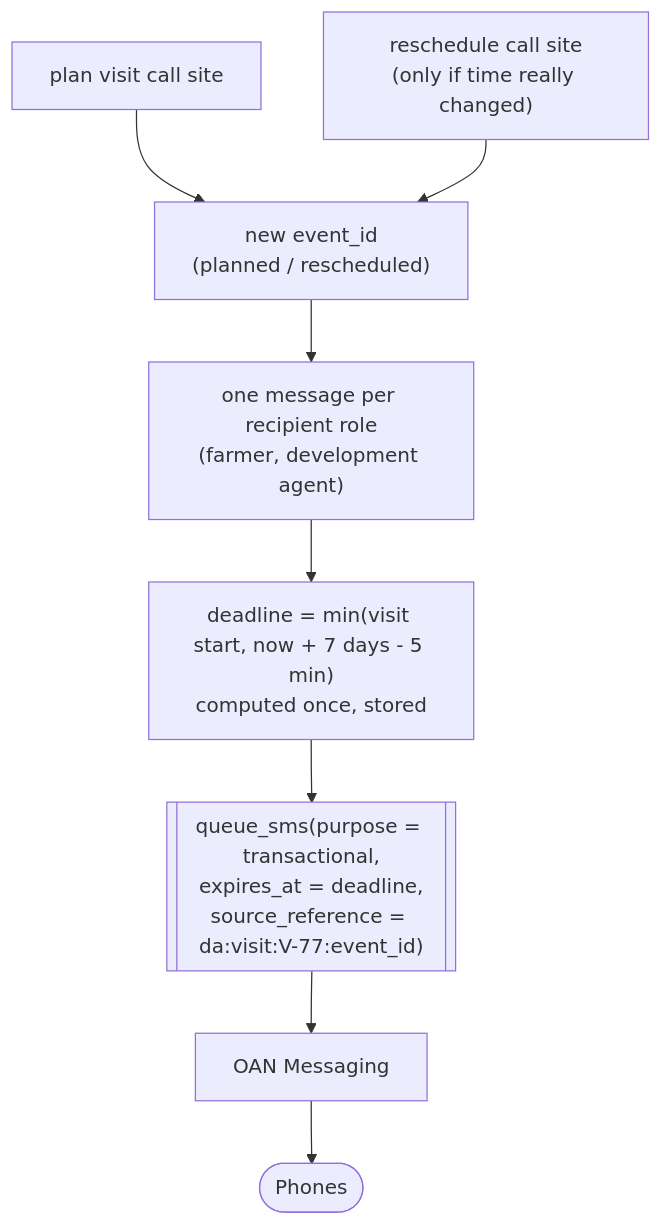
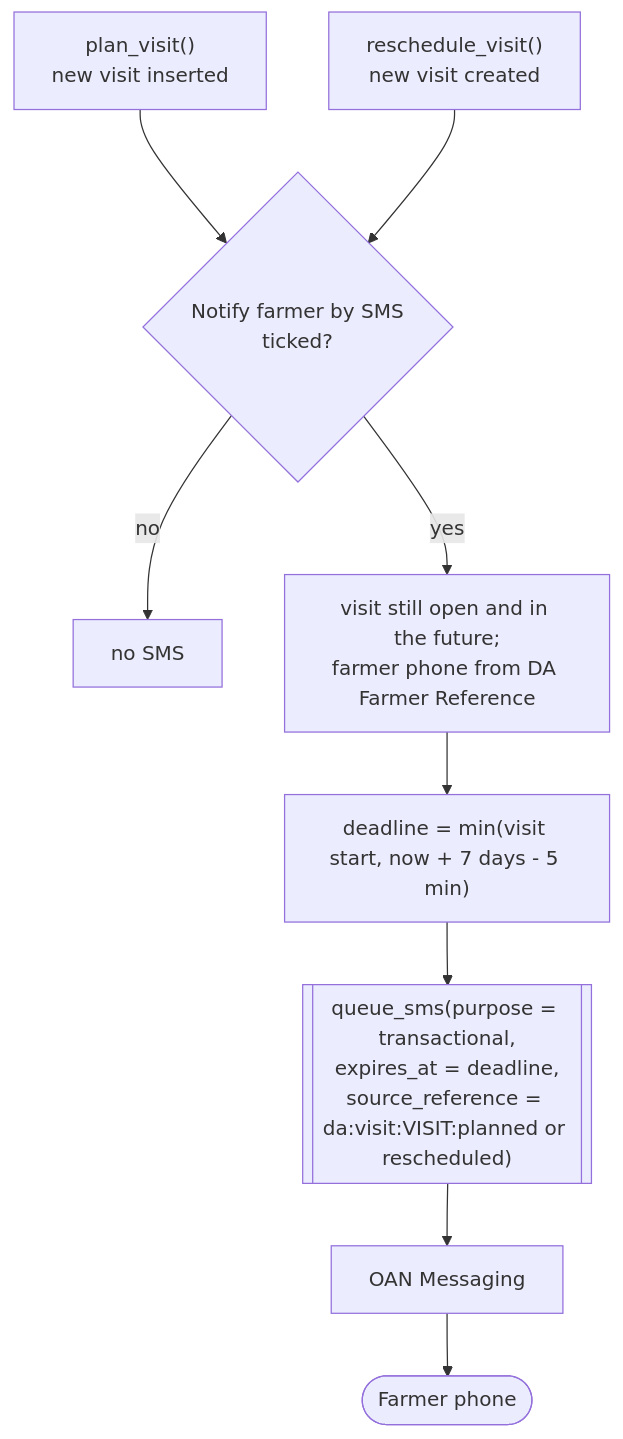
Before and after one commit to Centre-for-Open-Societal-Systems/oan_messaging_service: the diagram in docs/handoff/diagrams/13-da-services.mmd, drawn with Mermaid. The commit also changed 56 other files, not shown here.

```diff
--- a/docs/handoff/diagrams/13-da-services.mmd
+++ b/docs/handoff/diagrams/13-da-services.mmd
@@ -1,8 +1,9 @@
-%% DA Services: visit planned / rescheduled
+%% DA Services: farmer SMS for planned / rescheduled visits (kit)
 flowchart TB
-  P1["plan visit call site"] --> EV["new event_id<br/>(planned / rescheduled)"]
-  P2["reschedule call site<br/>(only if time really changed)"] --> EV
-  EV --> R["one message per recipient role<br/>(farmer, development agent)"]
-  R --> DL["deadline = min(visit start, now + 7 days - 5 min)<br/>computed once, stored"]
-  DL --> C[["queue_sms(purpose = transactional,<br/>expires_at = deadline,<br/>source_reference = da:visit:V-77:event_id)"]]
-  C --> OAN["OAN Messaging"] --> PH(["Phones"])
+  P1["plan_visit()<br/>new visit inserted"] --> T{"Notify farmer by SMS<br/>ticked?"}
+  P2["reschedule_visit()<br/>new visit created"] --> T
+  T -->|"no"| N["no SMS"]
+  T -->|"yes"| G["visit still open and in the future;<br/>farmer phone from DA Farmer Reference"]
+  G --> DL["deadline = min(visit start, now + 7 days - 5 min)"]
+  DL --> C[["queue_sms(purpose = transactional,<br/>expires_at = deadline,<br/>source_reference = da:visit:VISIT:planned or rescheduled)"]]
+  C --> OAN["OAN Messaging"] --> PH(["Farmer phone"])
```
